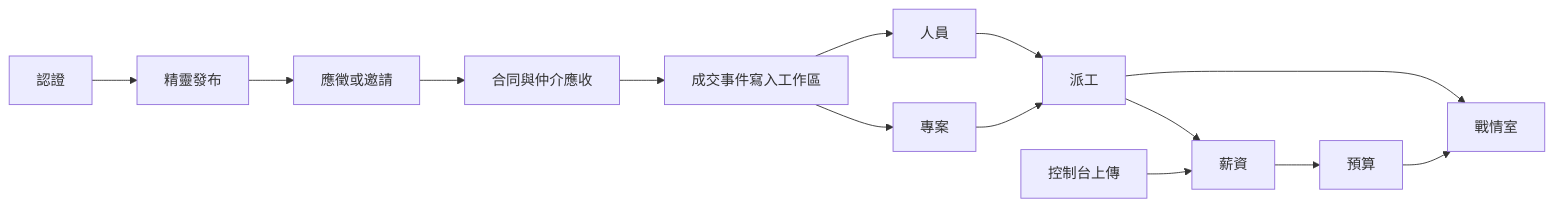
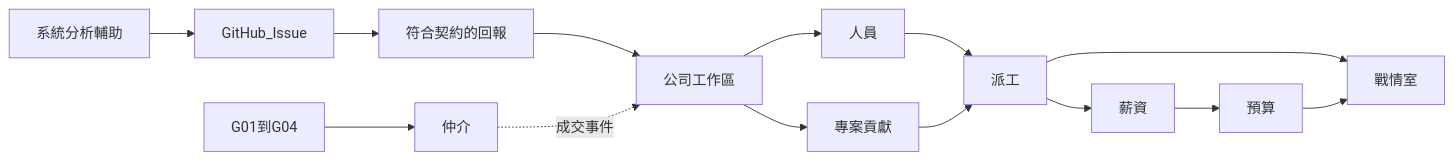
One commit to sjvann/AI_Project_Console changed the diagram in docs/product/prd.md. Above: the diagram before and after it, drawn with Mermaid. The commit also changed other lines of this file and 28 other files, not shown here.

````diff
--- a/docs/product/prd.md
+++ b/docs/product/prd.md
@@ -131,16 +154,16 @@
 ```mermaid
 flowchart LR
-  Kyc[認證] --> Publish[精靈發布]
-  Publish --> Match[應徵或邀請]
-  Match --> Contract[合同與仲介應收]
-  Contract --> Ws[成交事件寫入工作區]
+  ConsoleUp[符合契約的回報] --> Ws[公司工作區]
   Ws --> People[人員]
+  Ws --> Projects[專案貢獻]
   People --> Dispatch[派工]
-  Ws --> Projects[專案]
   Projects --> Dispatch
   Dispatch --> Payroll[薪資]
-  ConsoleUp[控制台上傳] --> Payroll
   Payroll --> Budget[預算]
   Dispatch --> War[戰情室]
   Budget --> War
+  SA[系統分析輔助] --> Issues[GitHub_Issue]
+  Issues --> ConsoleUp
+  Gate[G01到G04] --> Market[仲介]
+  Market -.->|成交事件| Ws
 ```
````
